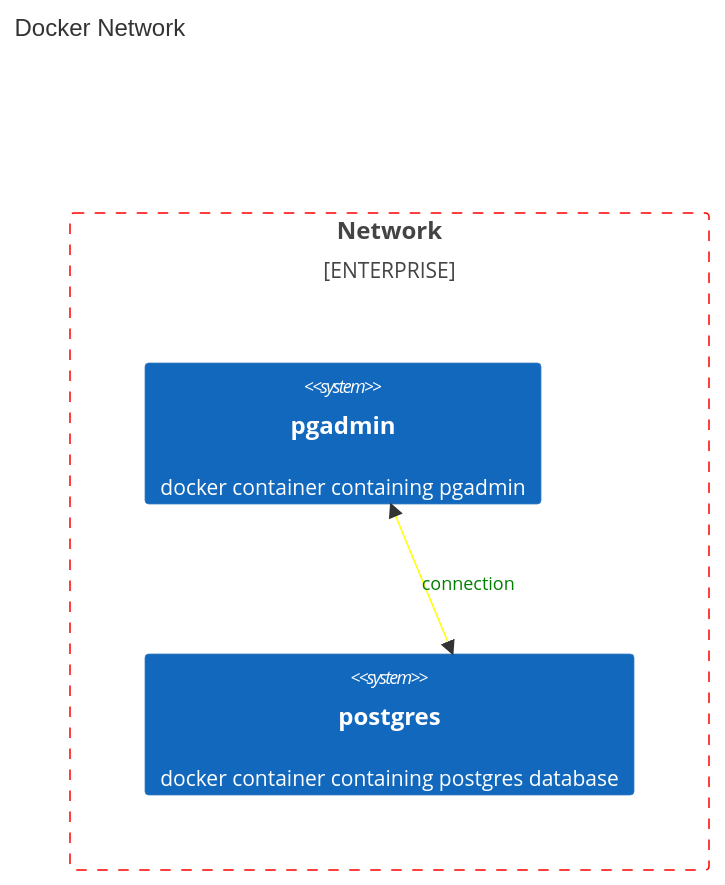
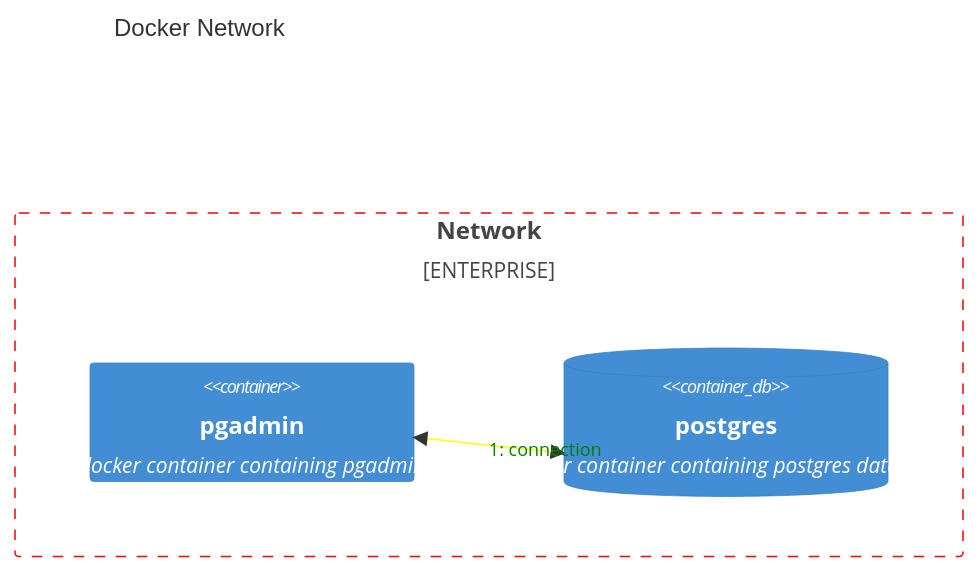
Before and after one commit to rafaeljcd/data_engineering_bootcamp: the diagram in README-postgres.md, drawn with Mermaid.

Commit message:
update to container

````diff
--- a/README-postgres.md
+++ b/README-postgres.md
@@ -47,11 +47,14 @@
 ```mermaid
-C4Context
+C4Dynamic
     title Docker Network
     Enterprise_Boundary(b0,"Network"){
-        System(pgadmin, "pgadmin", "docker container containing pgadmin")
-        System(postgres, "postgres", "docker container containing postgres database")
+    
+        Container(pgadmin, "pgadmin", "docker container containing pgadmin")
+        
+        ContainerDb(postgres, "postgres", "docker container containing postgres database")
     }
     BiRel(pgadmin, postgres, "connection")
     UpdateRelStyle(pgadmin, postgres, $textColor="green", $lineColor="yellow", $offsetX="0")
     UpdateElementStyle(b0, $fontColor="red", $bgColor="transparent", $borderColor="red")
+    
 ```
````
